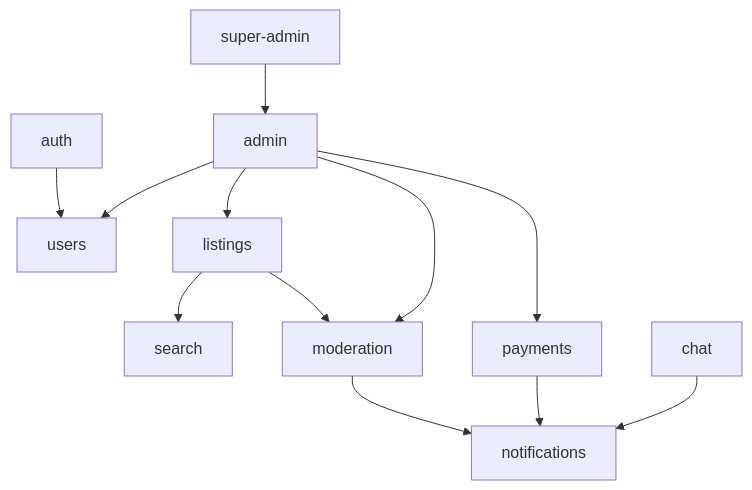
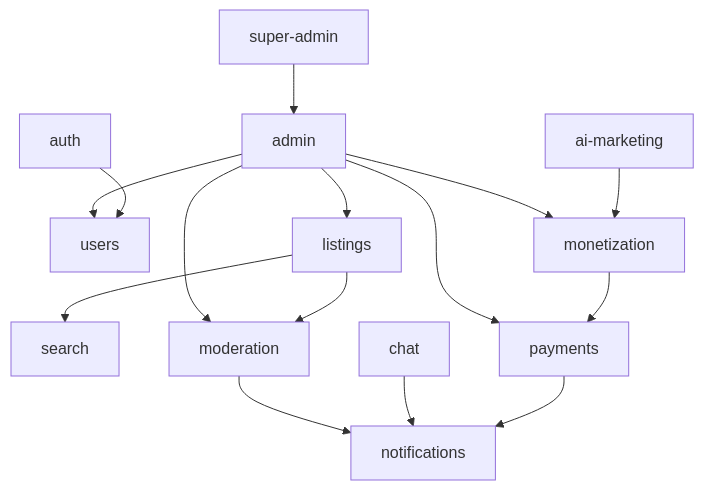
One commit to golpochat/community-marketplace changed the diagram in docs/architecture/domain-modules.md. Above: the diagram before and after it, drawn with Mermaid. The commit also changed other lines of this file and 64 other files, not shown here.

````diff
--- a/docs/architecture/domain-modules.md
+++ b/docs/architecture/domain-modules.md
@@ -25,14 +35,17 @@
 ```mermaid
 flowchart TD
   AUTH[auth] --> USERS[users]
   LISTINGS[listings] --> SEARCH[search]
   LISTINGS --> MOD[moderation]
   PAY[payments] --> NOTIF[notifications]
   CHAT[chat] --> NOTIF
   MOD --> NOTIF
+  MON[monetization] --> PAY
+  AI[ai-marketing] --> MON
   ADMIN[admin] --> USERS
   ADMIN --> LISTINGS
   ADMIN --> MOD
   ADMIN --> PAY
+  ADMIN --> MON
   SA[super-admin] --> ADMIN
 ```
````
